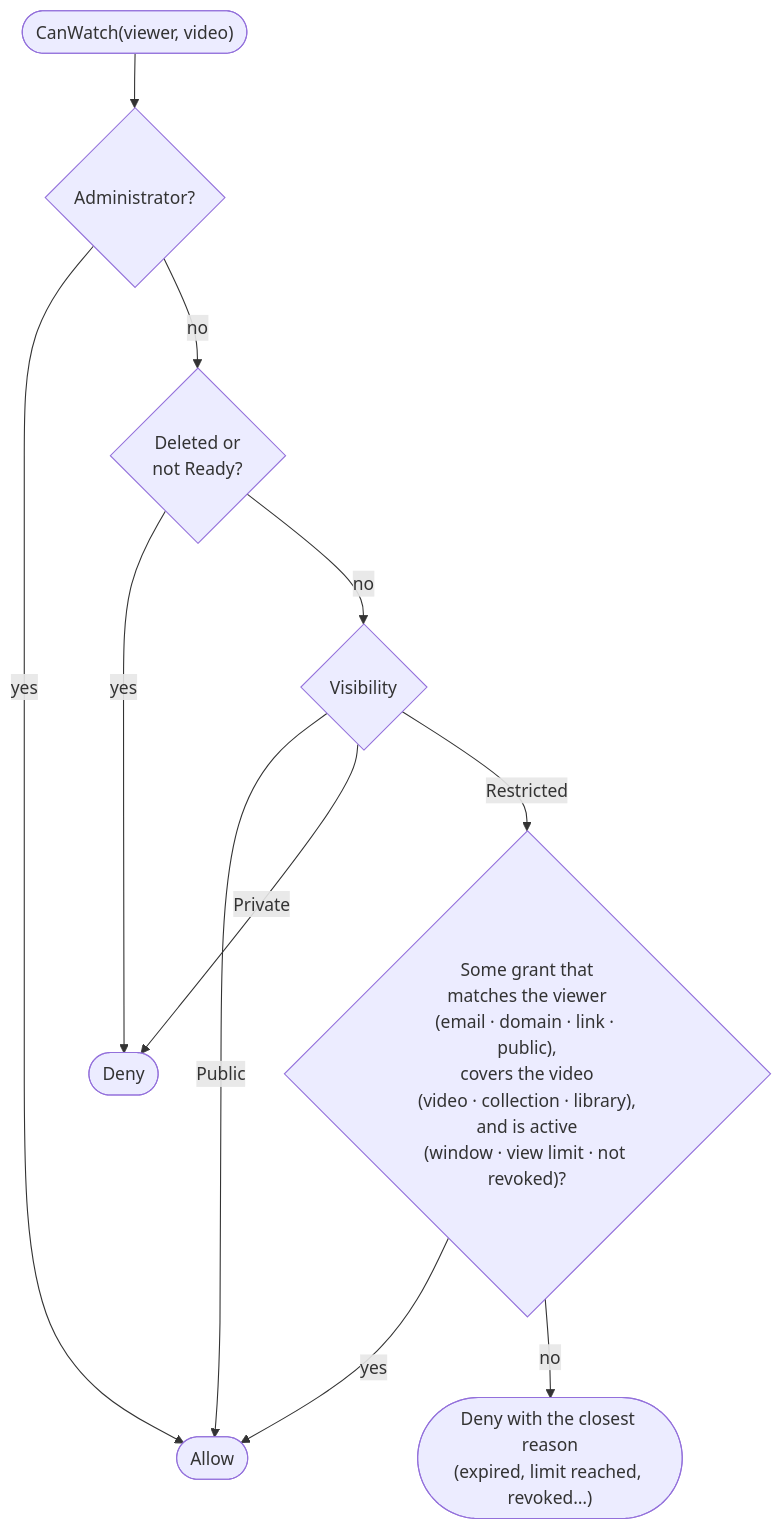
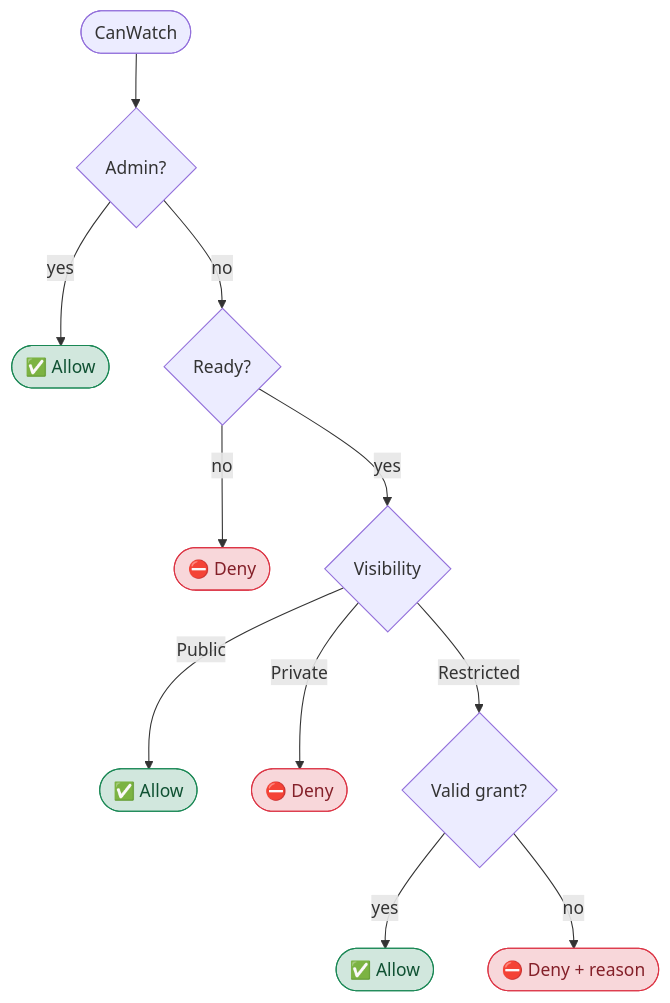
One commit to allanbarcelos/opentube changed the first of 6 diagrams in README.md. Above: the diagram before and after it, drawn with Mermaid. The commit also changed other lines of this file and 1 other file, not shown here.

Commit message:
Simplifica o diagrama da decisão de acesso nos READMEs

````diff
--- a/README.md
+++ b/README.md
@@ -131,13 +131,18 @@
 ```mermaid
 flowchart TD
-    start(["CanWatch(viewer, video)"]) --> admin{"Administrator?"}
-    admin -->|yes| allow(["Allow"])
-    admin -->|no| state{"Deleted or<br/>not Ready?"}
-    state -->|yes| deny(["Deny"])
-    state -->|no| vis{"Visibility"}
-    vis -->|Public| allow
-    vis -->|Private| deny
-    vis -->|Restricted| grant{"Some grant that<br/>matches the viewer<br/>(email · domain · link · public),<br/>covers the video<br/>(video · collection · library),<br/>and is active<br/>(window · view limit · not revoked)?"}
-    grant -->|yes| allow
-    grant -->|no| reason(["Deny with the closest reason<br/>(expired, limit reached, revoked…)"])
+    start(["CanWatch"]) --> admin{"Admin?"}
+    admin -->|yes| a1(["✅ Allow"])
+    admin -->|no| ready{"Ready?"}
+    ready -->|no| d1(["⛔ Deny"])
+    ready -->|yes| vis{"Visibility"}
+    vis -->|Public| a2(["✅ Allow"])
+    vis -->|Private| d2(["⛔ Deny"])
+    vis -->|Restricted| grant{"Valid grant?"}
+    grant -->|yes| a3(["✅ Allow"])
+    grant -->|no| d3(["⛔ Deny + reason"])
+
+    classDef allow fill:#d1e7dd,stroke:#198754,color:#0f5132
+    classDef deny fill:#f8d7da,stroke:#dc3545,color:#842029
+    class a1,a2,a3 allow
+    class d1,d2,d3 deny
 ```
````
